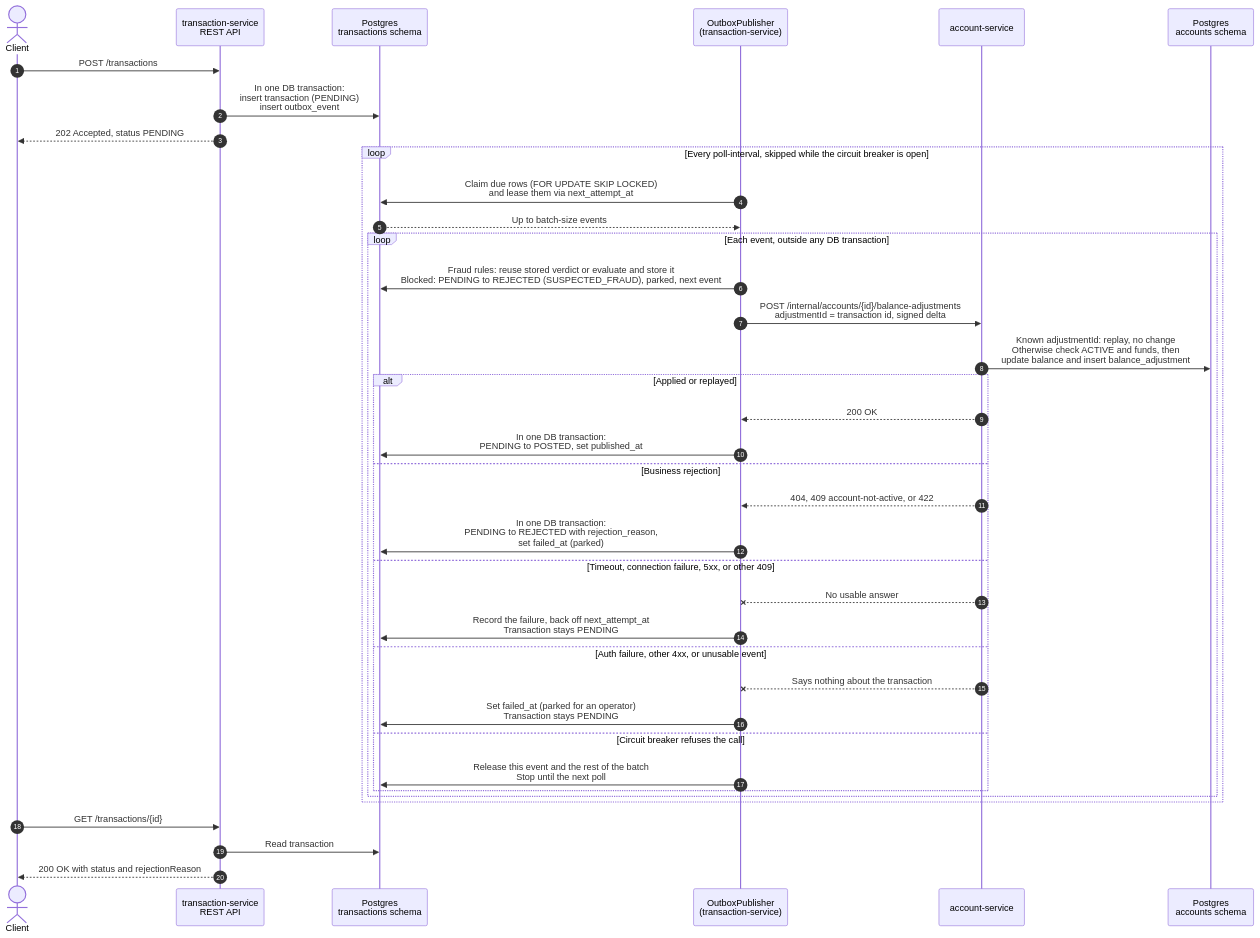
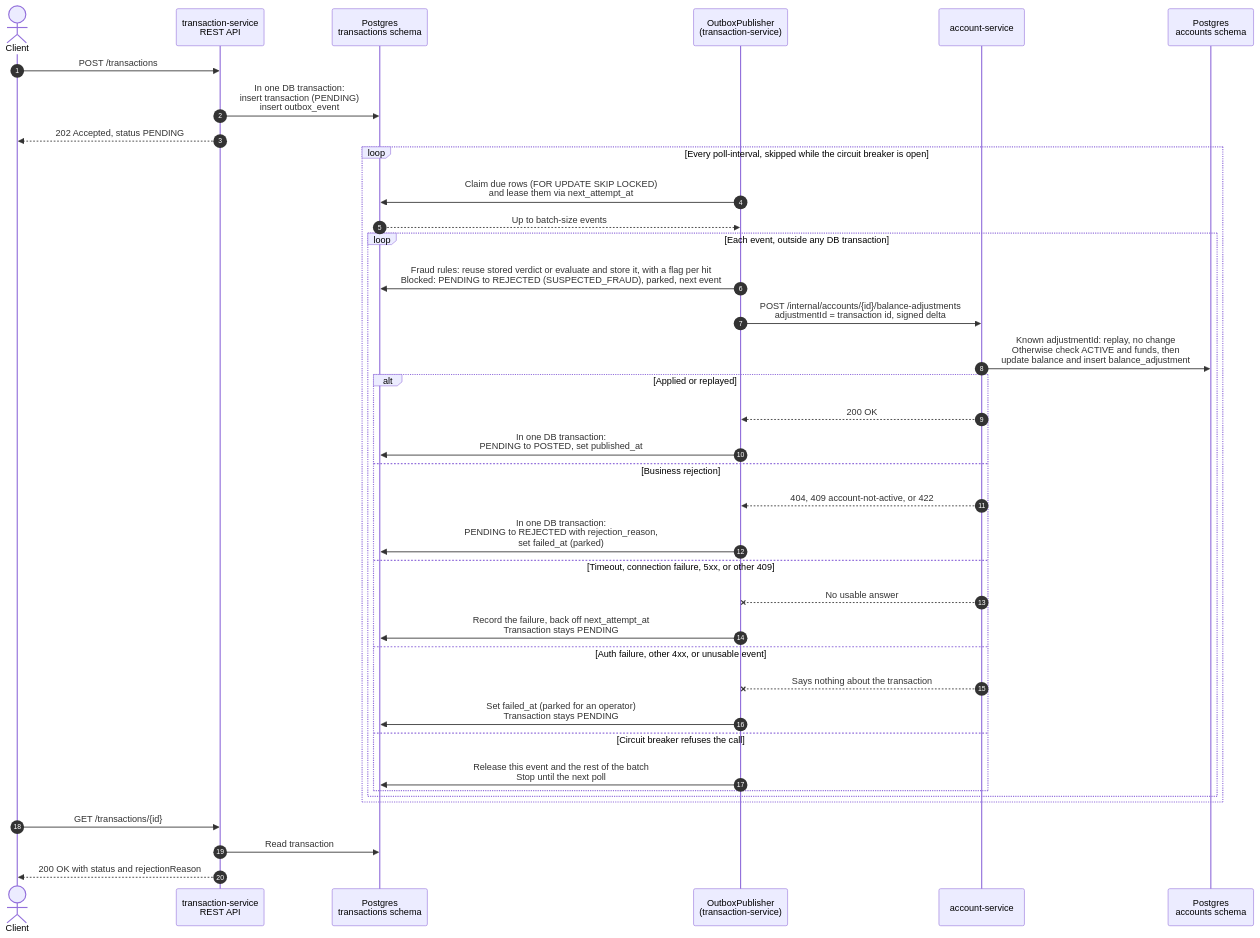
Before and after one commit to brandonmoeri/LedgerWatch: the diagram in ARCHITECTURE.md, drawn with Mermaid. The commit also changed other lines of this file and 13 other files, not shown here.

````diff
--- a/ARCHITECTURE.md
+++ b/ARCHITECTURE.md
@@ -213,45 +213,45 @@
 ```mermaid
 sequenceDiagram
     autonumber
     actor Client
     participant API as transaction-service<br/>REST API
     participant TxDB as Postgres<br/>transactions schema
     participant Pub as OutboxPublisher<br/>(transaction-service)
     participant Acct as account-service
     participant AcctDB as Postgres<br/>accounts schema
 
     Client->>API: POST /transactions
     API->>TxDB: In one DB transaction:<br/>insert transaction (PENDING)<br/>insert outbox_event
     API-->>Client: 202 Accepted, status PENDING
 
     loop Every poll-interval, skipped while the circuit breaker is open
         Pub->>TxDB: Claim due rows (FOR UPDATE SKIP LOCKED)<br/>and lease them via next_attempt_at
         TxDB-->>Pub: Up to batch-size events
 
         loop Each event, outside any DB transaction
-            Pub->>TxDB: Fraud rules: reuse stored verdict or evaluate and store it<br/>Blocked: PENDING to REJECTED (SUSPECTED_FRAUD), parked, next event
+            Pub->>TxDB: Fraud rules: reuse stored verdict or evaluate and store it, with a flag per hit<br/>Blocked: PENDING to REJECTED (SUSPECTED_FRAUD), parked, next event
             Pub->>Acct: POST /internal/accounts/{id}/balance-adjustments<br/>adjustmentId = transaction id, signed delta
             Acct->>AcctDB: Known adjustmentId: replay, no change<br/>Otherwise check ACTIVE and funds, then<br/>update balance and insert balance_adjustment
 
             alt Applied or replayed
                 Acct-->>Pub: 200 OK
                 Pub->>TxDB: In one DB transaction:<br/>PENDING to POSTED, set published_at
             else Business rejection
                 Acct-->>Pub: 404, 409 account-not-active, or 422
                 Pub->>TxDB: In one DB transaction:<br/>PENDING to REJECTED with rejection_reason,<br/>set failed_at (parked)
             else Timeout, connection failure, 5xx, or other 409
                 Acct--xPub: No usable answer
                 Pub->>TxDB: Record the failure, back off next_attempt_at<br/>Transaction stays PENDING
             else Auth failure, other 4xx, or unusable event
                 Acct--xPub: Says nothing about the transaction
                 Pub->>TxDB: Set failed_at (parked for an operator)<br/>Transaction stays PENDING
             else Circuit breaker refuses the call
                 Pub->>TxDB: Release this event and the rest of the batch<br/>Stop until the next poll
             end
         end
     end
 
     Client->>API: GET /transactions/{id}
     API->>TxDB: Read transaction
     API-->>Client: 200 OK with status and rejectionReason
 ```
````
